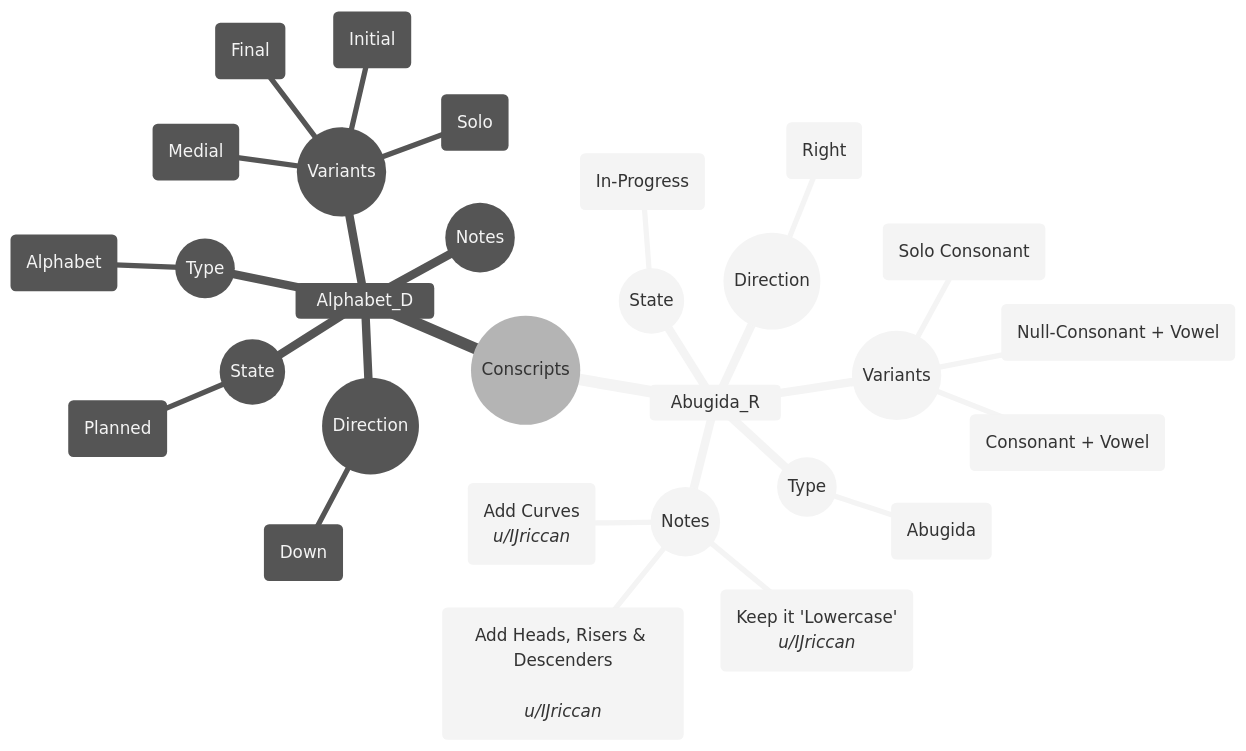
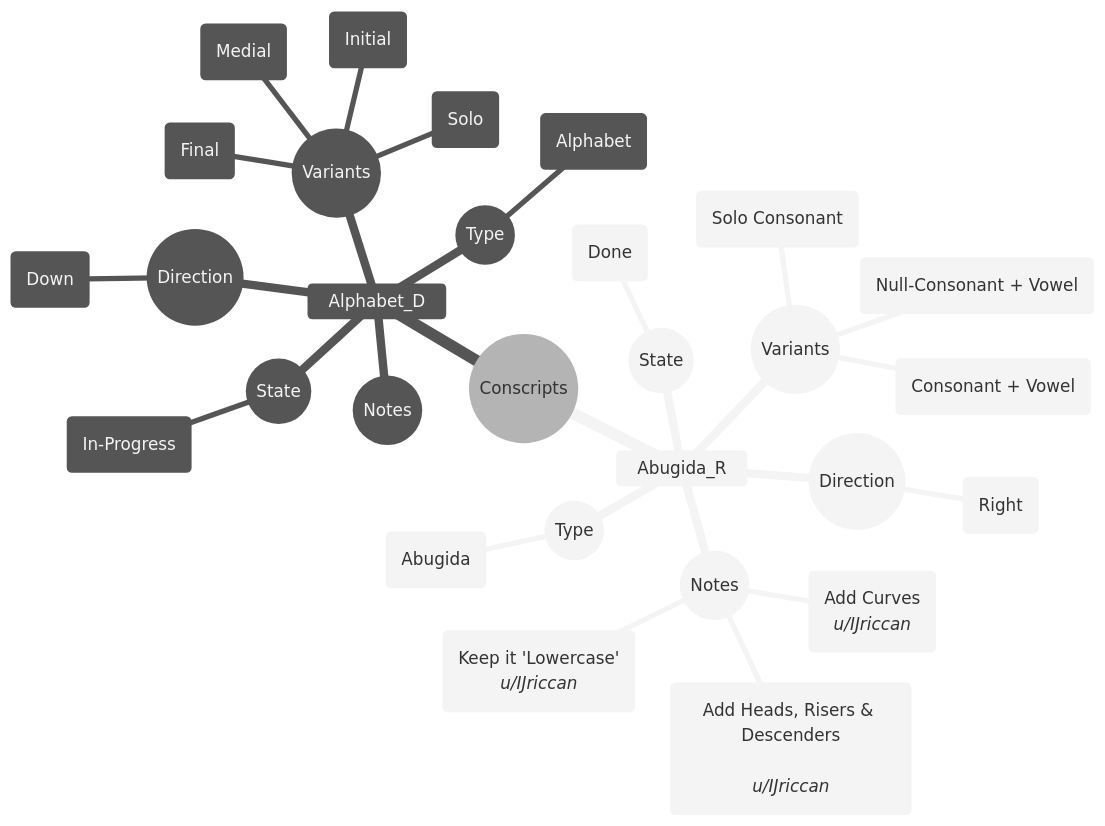
The diagram in README.md (JactusTheCactus/conscript-font-gen), drawn with Mermaid (neutral theme) before and after one commit. The commit also changed other lines of this file and 13 other files, not shown here.

````diff
--- a/README.md
+++ b/README.md
@@ -2,35 +2,35 @@
 ```mermaid
 mindmap
 	((Conscripts))
 		Abugida_R
 			(("`State`"))
-				("`In-Progress`")
+				("`Done`")
 			(("`Type`"))
 				("`Abugida`")
 			(("`Direction`"))
 				("`Right`")
 			(("`Variants`"))
 				("`Solo Consonant`")
 				("`Consonant + Vowel`")
 				("`Null-Consonant + Vowel`")
 			(("`Notes`"))
 				("`Add Curves
 				*u/IJriccan*`")
 				("`Add Heads, Risers & Descenders
 				*u/IJriccan*`")
 				("`Keep it 'Lowercase'
 				*u/IJriccan*`")
 		Alphabet_D
 			(("`State`"))
-				("`Planned`")
+				("`In-Progress`")
 			(("`Type`"))
 				("`Alphabet`")
 			(("`Direction`"))
 				("`Down`")
 			(("`Variants`"))
 				("`Solo`")
 				("`Initial`")
 				("`Medial`")
 				("`Final`")
 			(("`Notes`"))
 ```
````
